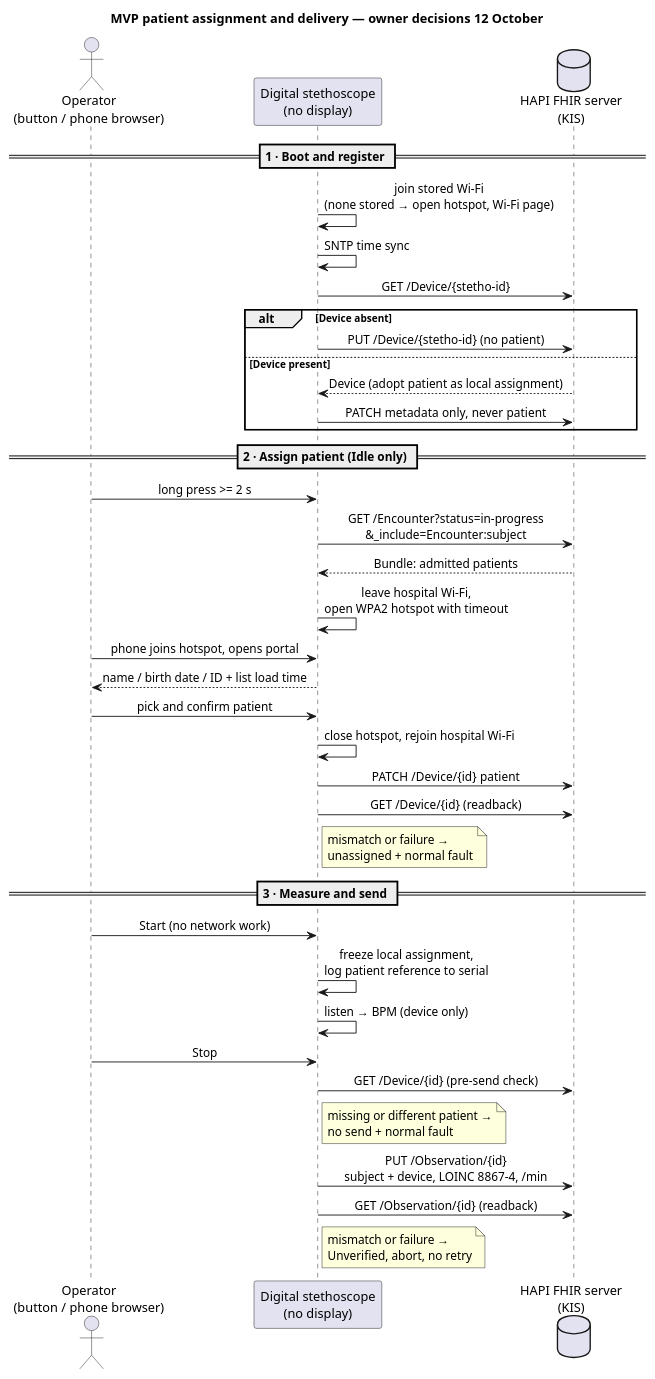
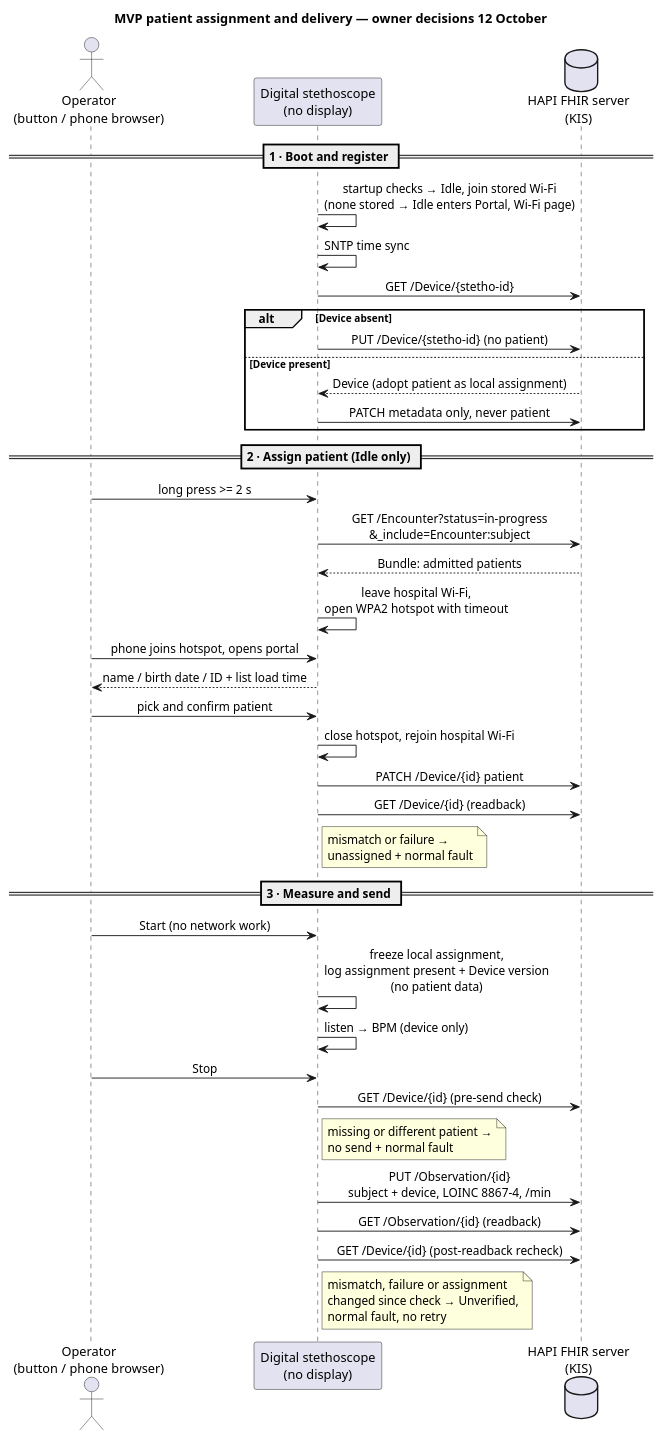
The diagram in Development/system/architecture/patient-assignment-workflow.puml (DemonicPsychoII/DigitalStethoscope), drawn with PlantUML before and after one commit. The commit also changed 9 other files, not shown here.

First line of the commit message:
Address review: portal entry, serial log, pre-send race

```diff
--- a/Development/system/architecture/patient-assignment-workflow.puml
+++ b/Development/system/architecture/patient-assignment-workflow.puml
@@ -1,44 +1,45 @@
 @startuml patient_assignment_workflow
 skinparam shadowing false
 skinparam defaultFontName SansSerif
 skinparam sequenceMessageAlign center
 title MVP patient assignment and delivery — owner decisions 12 October
 actor "Operator\n(button / phone browser)" as op
 participant "Digital stethoscope\n(no display)" as dev
 database "HAPI FHIR server\n(KIS)" as fhir
 
 == 1 · Boot and register ==
-dev -> dev : join stored Wi-Fi\n(none stored → open hotspot, Wi-Fi page)
+dev -> dev : startup checks → Idle, join stored Wi-Fi\n(none stored → Idle enters Portal, Wi-Fi page)
 dev -> dev : SNTP time sync
 dev -> fhir : GET /Device/{stetho-id}
 alt Device absent
   dev -> fhir : PUT /Device/{stetho-id} (no patient)
 else Device present
   fhir --> dev : Device (adopt patient as local assignment)
   dev -> fhir : PATCH metadata only, never patient
 end
 
 == 2 · Assign patient (Idle only) ==
 op -> dev : long press >= 2 s
 dev -> fhir : GET /Encounter?status=in-progress\n&_include=Encounter:subject
 fhir --> dev : Bundle: admitted patients
 dev -> dev : leave hospital Wi-Fi,\nopen WPA2 hotspot with timeout
 op -> dev : phone joins hotspot, opens portal
 dev --> op : name / birth date / ID + list load time
 op -> dev : pick and confirm patient
 dev -> dev : close hotspot, rejoin hospital Wi-Fi
 dev -> fhir : PATCH /Device/{id} patient
 dev -> fhir : GET /Device/{id} (readback)
 note right of dev : mismatch or failure →\nunassigned + normal fault
 
 == 3 · Measure and send ==
 op -> dev : Start (no network work)
-dev -> dev : freeze local assignment,\nlog patient reference to serial
+dev -> dev : freeze local assignment,\nlog assignment present + Device version\n(no patient data)
 dev -> dev : listen → BPM (device only)
 op -> dev : Stop
 dev -> fhir : GET /Device/{id} (pre-send check)
 note right of dev : missing or different patient →\nno send + normal fault
 dev -> fhir : PUT /Observation/{id}\nsubject + device, LOINC 8867-4, /min
 dev -> fhir : GET /Observation/{id} (readback)
-note right of dev : mismatch or failure →\nUnverified, abort, no retry
+dev -> fhir : GET /Device/{id} (post-readback recheck)
+note right of dev : mismatch, failure or assignment\nchanged since check → Unverified,\nnormal fault, no retry
 @enduml
```
